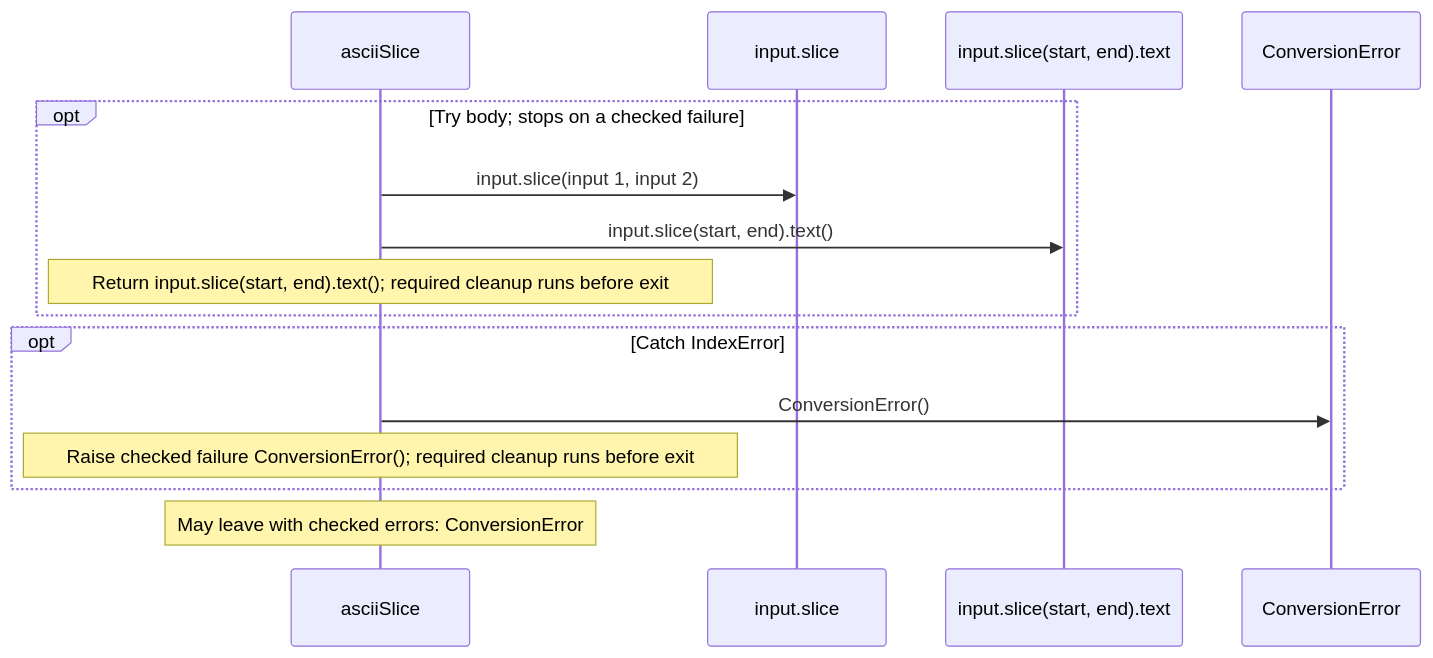
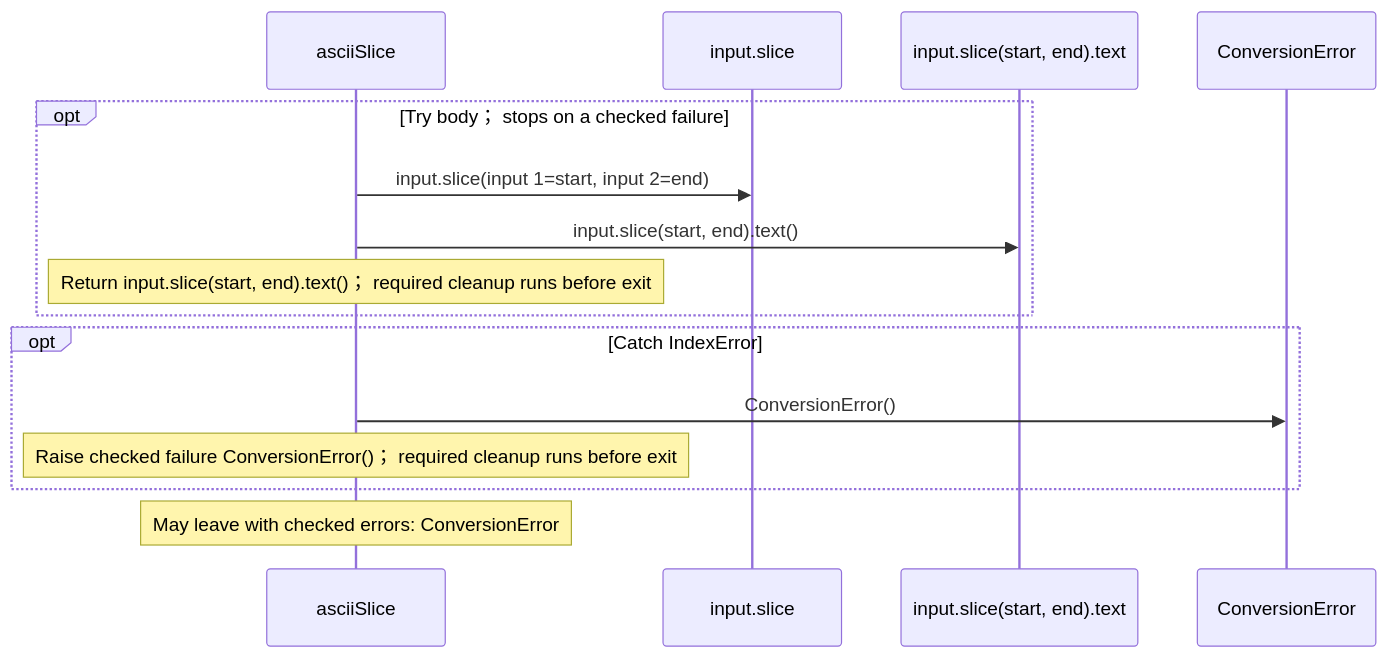
Before and after one commit to GreenPandaStudios/augscript: the second of 5 diagrams in src/stdlib/values/ascii.aug.diagrams.md, drawn with Mermaid. The commit also changed other lines of this file and 524 other files, not shown here.

Commit message:
Explain checked data flow at folder and service levels

````diff
--- a/src/stdlib/values/ascii.aug.diagrams.md
+++ b/src/stdlib/values/ascii.aug.diagrams.md
@@ -33,17 +32,17 @@
 ```mermaid
 sequenceDiagram
     participant p0 as asciiSlice
     participant p1 as input.slice
     participant p2 as input.slice(start, end).text
     participant p3 as ConversionError
-    opt Try body#59; stops on a checked failure
-    p0->>p1: input.slice(input 1, input 2)
+    opt Try body； stops on a checked failure
+    p0->>p1: input.slice(input 1=start, input 2=end)
     p0->>p2: input.slice(start, end).text()
-    Note over p0: Return input.slice(start, end).text()#59; required cleanup runs before exit
+    Note over p0: Return input.slice(start, end).text()； required cleanup runs before exit
     end
     opt Catch IndexError
     p0->>p3: ConversionError()
-    Note over p0: Raise checked failure ConversionError()#59; required cleanup runs before exit
+    Note over p0: Raise checked failure ConversionError()； required cleanup runs before exit
     end
     Note over p0: May leave with checked errors: ConversionError
 ```
````
